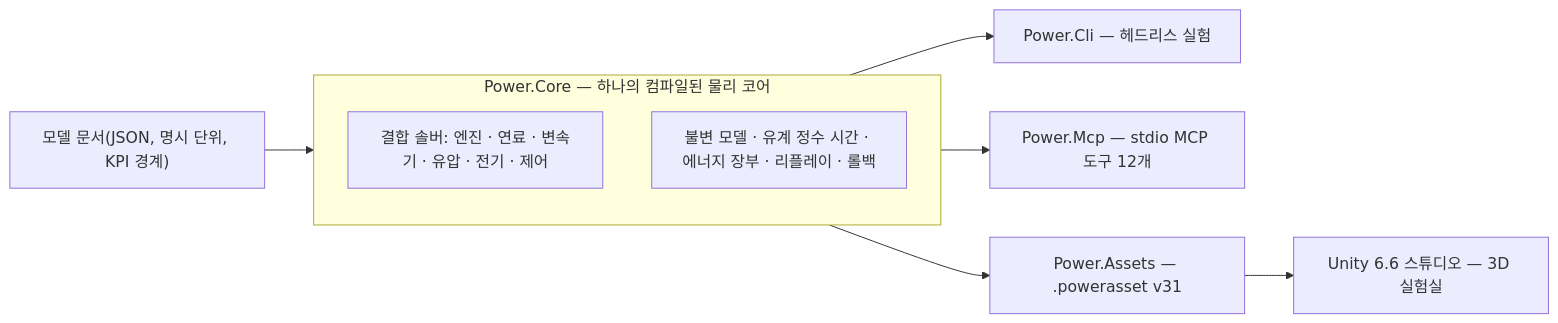
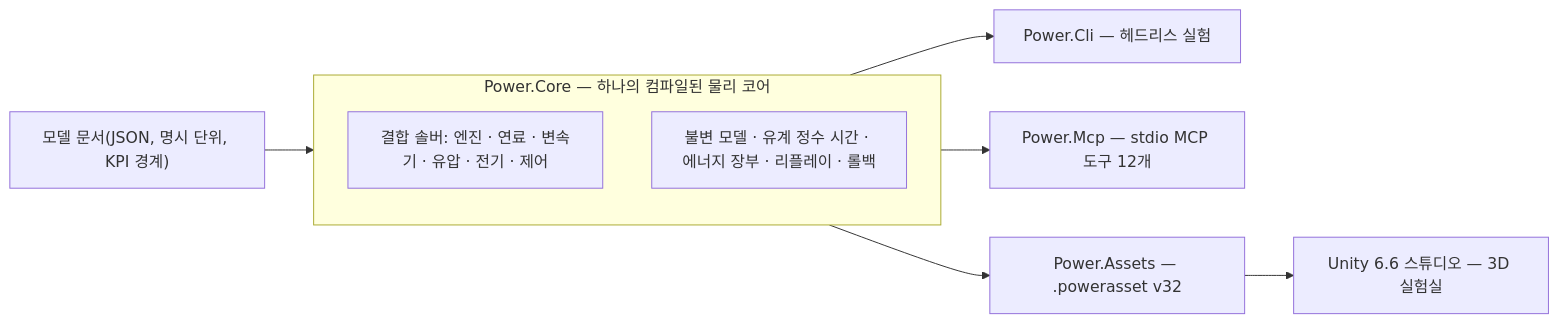
Before and after one commit to Water-Run/Power: the diagram in README.ko.md, drawn with Mermaid. The commit also changed other lines of this file and 211 other files, not shown here.

````diff
--- a/README.ko.md
+++ b/README.ko.md
@@ -13,18 +13,18 @@
 ```mermaid
 flowchart LR
     model["모델 문서(JSON, 명시 단위, KPI 경계)"]
     subgraph core["Power.Core — 하나의 컴파일된 물리 코어"]
         solvers["결합 솔버: 엔진 · 연료 · 변속기 · 유압 · 전기 · 제어"]
         invariants["불변 모델 · 유계 정수 시간 · 에너지 장부 · 리플레이 · 롤백"]
     end
     cli["Power.Cli — 헤드리스 실험"]
     mcp["Power.Mcp — stdio MCP 도구 12개"]
-    assets["Power.Assets — .powerasset v31"]
+    assets["Power.Assets — .powerasset v32"]
     unity["Unity 6.6 스튜디오 — 3D 실험실"]
 
     model --> core
     core --> cli
     core --> mcp
     core --> assets
     assets --> unity
 ```
````
